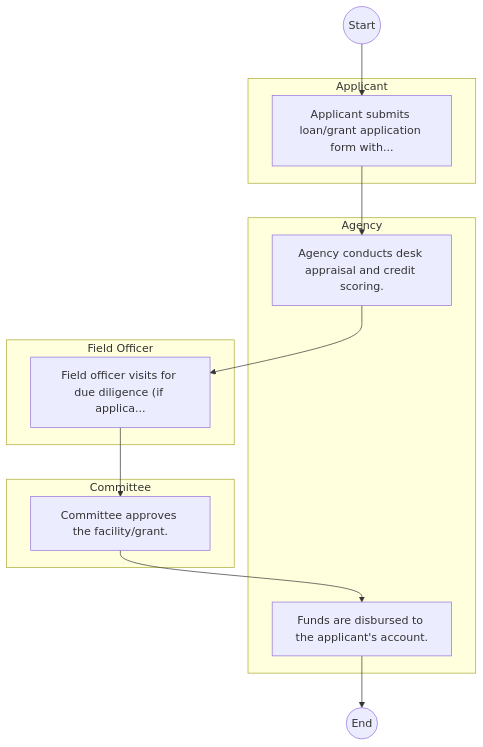
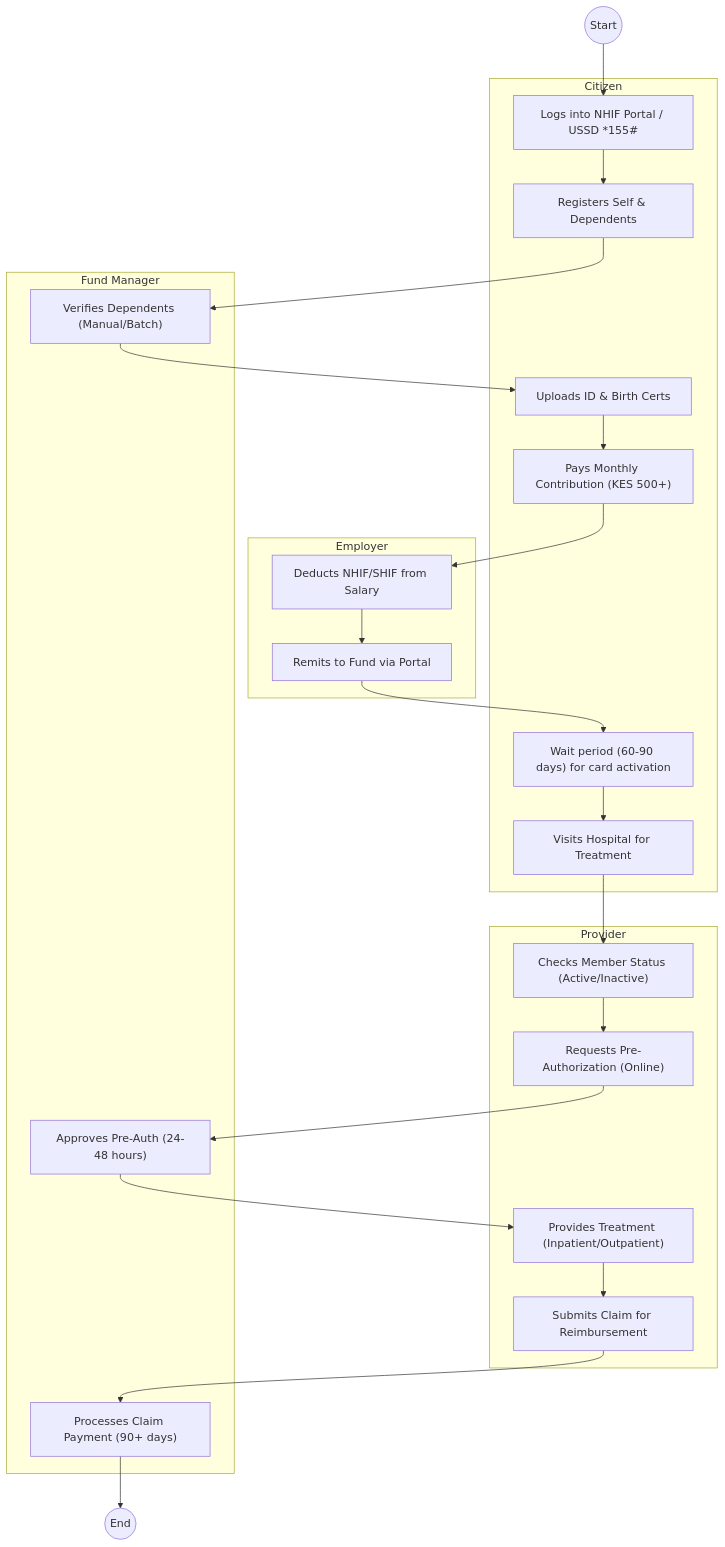
One commit to BITZ-IT-Consulting-LTD/ictapoc changed the first of 2 diagrams in mdas/docs_final/National_Health_Insurance_Fund___Service_Delivery.md. Above: the diagram before and after it, drawn with Mermaid. The commit also changed other lines of this file and 60 other files, not shown here.

````diff
--- a/mdas/docs_final/National_Health_Insurance_Fund___Service_Delivery.md
+++ b/mdas/docs_final/National_Health_Insurance_Fund___Service_Delivery.md
@@ -20,22 +20,43 @@
 ```mermaid
 graph TD
     Start((Start)) --> S1
-    subgraph Applicant [Applicant]
-        S1["Applicant submits loan/grant application form with..."]
+    subgraph Member [Citizen]
+        S1["Logs into NHIF Portal / USSD *155#"]
+        S2["Registers Self & Dependents"]
+        S3["Uploads ID & Birth Certs"]
+        S4["Pays Monthly Contribution (KES 500+)"]
+        S5["Wait period (60-90 days) for card activation"]
+        S8["Visits Hospital for Treatment"]
     end
-    subgraph Agency [Agency]
-        S2["Agency conducts desk appraisal and credit scoring."]
-        S5["Funds are disbursed to the applicant's account."]
+    subgraph Employer [Employer]
+        S4a["Deducts NHIF/SHIF from Salary"]
+        S4b["Remits to Fund via Portal"]
     end
-    subgraph FieldOfficer [Field Officer]
-        S3["Field officer visits for due diligence (if applica..."]
+    subgraph Hospital [Provider]
+        S9["Checks Member Status (Active/Inactive)"]
+        S10["Requests Pre-Authorization (Online)"]
+        S12["Provides Treatment (Inpatient/Outpatient)"]
+        S13["Submits Claim for Reimbursement"]
     end
-    subgraph Committee [Committee]
-        S4["Committee approves the facility/grant."]
+    subgraph NHIF_SHA [Fund Manager]
+        S2a["Verifies Dependents (Manual/Batch)"]
+        S11["Approves Pre-Auth (24-48 hours)"]
+        S14["Processes Claim Payment (90+ days)"]
     end
+    
     S1 --> S2
-    S2 --> S3
+    S2 --> S2a
+    S2a --> S3
     S3 --> S4
-    S4 --> S5
-    S5 --> End((End))
+    S4 --> S4a
+    S4a --> S4b
+    S4b --> S5
+    S5 --> S8
+    S8 --> S9
+    S9 --> S10
+    S10 --> S11
+    S11 --> S12
+    S12 --> S13
+    S13 --> S14
+    S14 --> End((End))
 ```
````
